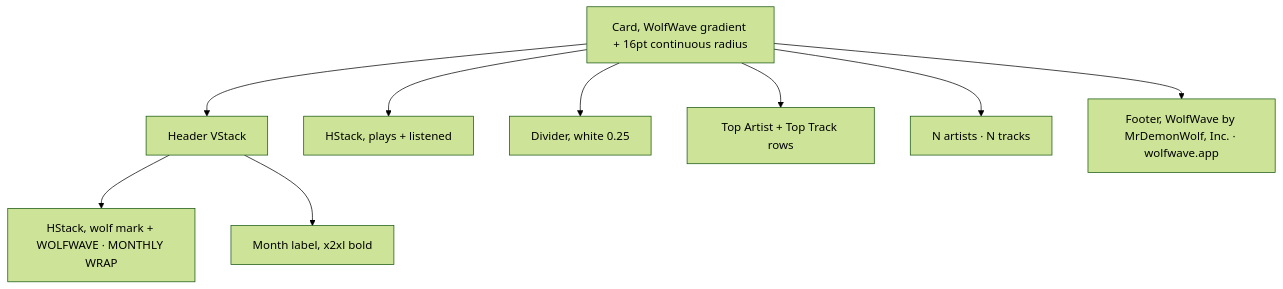
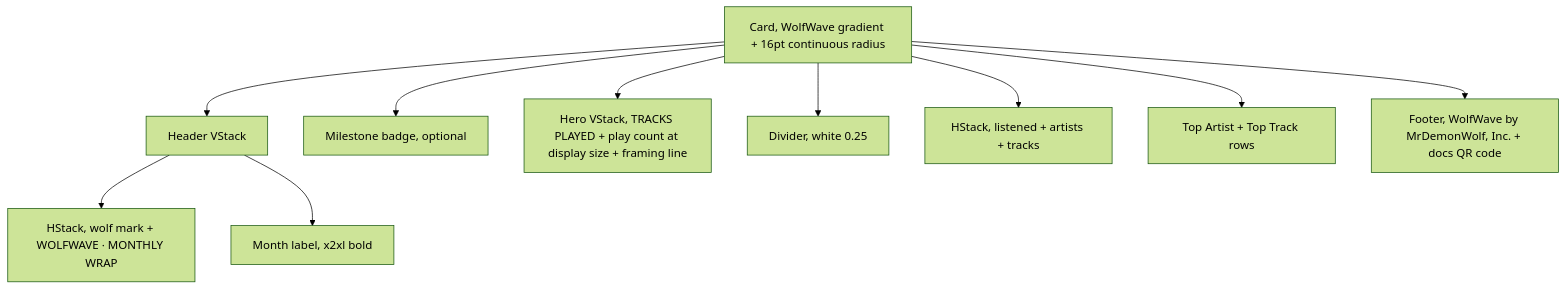
Before and after one commit to MrDemonWolf/wolfwave: the diagram in design-system/components/monthly-wrap-card.md, drawn with Mermaid (forest theme). The commit also changed other lines of this file and 20 other files, not shown here.

````diff
--- a/design-system/components/monthly-wrap-card.md
+++ b/design-system/components/monthly-wrap-card.md
@@ -31,11 +34,12 @@
 ```mermaid
 graph TD
   Card[Card, WolfWave gradient + 16pt continuous radius] --> Header
   Header[Header VStack] --> Lockup[HStack, wolf mark + WOLFWAVE · MONTHLY WRAP]
   Header --> Month[Month label, x2xl bold]
-  Card --> Stats[HStack, plays + listened]
+  Card --> Milestone[Milestone badge, optional]
+  Card --> Hero[Hero VStack, TRACKS PLAYED + play count at display size + framing line]
   Card --> Rule[Divider, white 0.25]
+  Card --> Stats[HStack, listened + artists + tracks]
   Card --> Rows[Top Artist + Top Track rows]
-  Card --> Diversity[N artists · N tracks]
-  Card --> Footer[Footer, WolfWave by MrDemonWolf, Inc. · wolfwave.app]
+  Card --> Footer[Footer, WolfWave by MrDemonWolf, Inc. + docs QR code]
 ```
````
